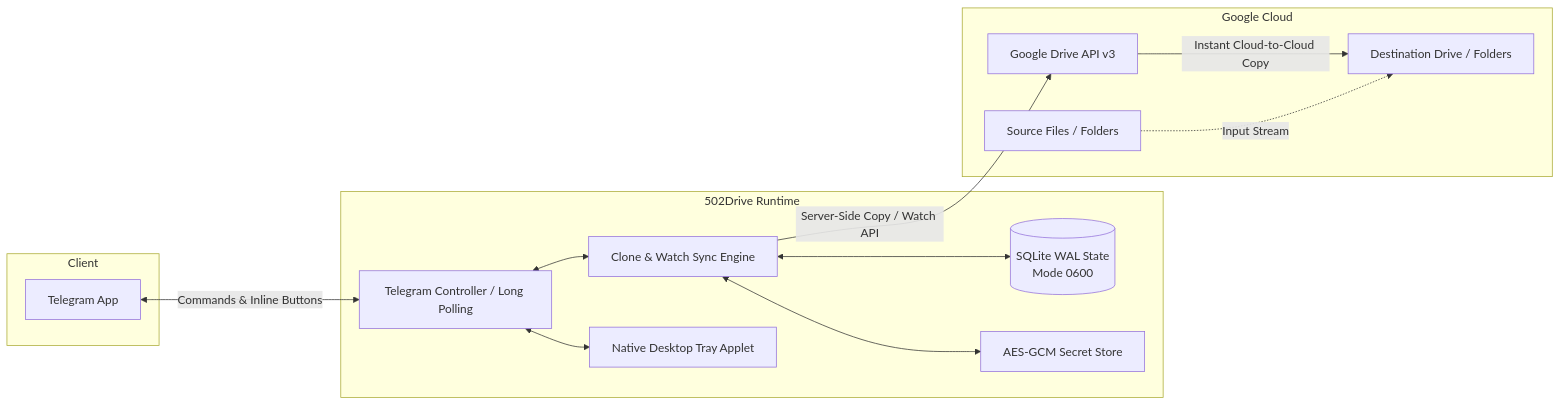
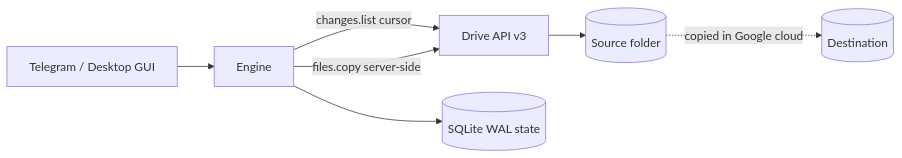
One commit to GiaHung07/502Drive changed the diagram in README.md. Above: the diagram before and after it, drawn with Mermaid. The commit also changed other lines of this file and 16 other files, not shown here.

````diff
--- a/README.md
+++ b/README.md
@@ -26,29 +103,8 @@
 ```mermaid
 graph LR
-    subgraph Client
-        TG[Telegram App]
-    end
-
-    subgraph "502Drive Runtime"
-        Bot[Telegram Controller / Long Polling]
-        Engine[Clone & Watch Sync Engine]
-        DB[(SQLite WAL State\nMode 0600)]
-        Sec[AES-GCM Secret Store]
-        Tray[Native Desktop Tray Applet]
-    end
-
-    subgraph Google Cloud
-        GDAPI[Google Drive API v3]
-        DriveSrc[Source Files / Folders]
-        DriveDst[Destination Drive / Folders]
-    end
-
-    TG <-->|Commands & Inline Buttons| Bot
-    Bot <--> Engine
-    Engine <--> DB
-    Engine <--> Sec
-    Bot <--> Tray
-    Engine -->|Server-Side Copy / Watch API| GDAPI
-    GDAPI -->|Instant Cloud-to-Cloud Copy| DriveDst
-    DriveSrc -.->|Input Stream| DriveDst
+    TG[Telegram / Desktop GUI] --> Engine
+    Engine -->|changes.list cursor| API[Drive API v3]
+    Engine -->|files.copy server-side| API
+    API --> Src[(Source folder)] -.->|copied in Google cloud| Dst[(Destination)]
+    Engine --> DB[(SQLite WAL state)]
 ```
````
